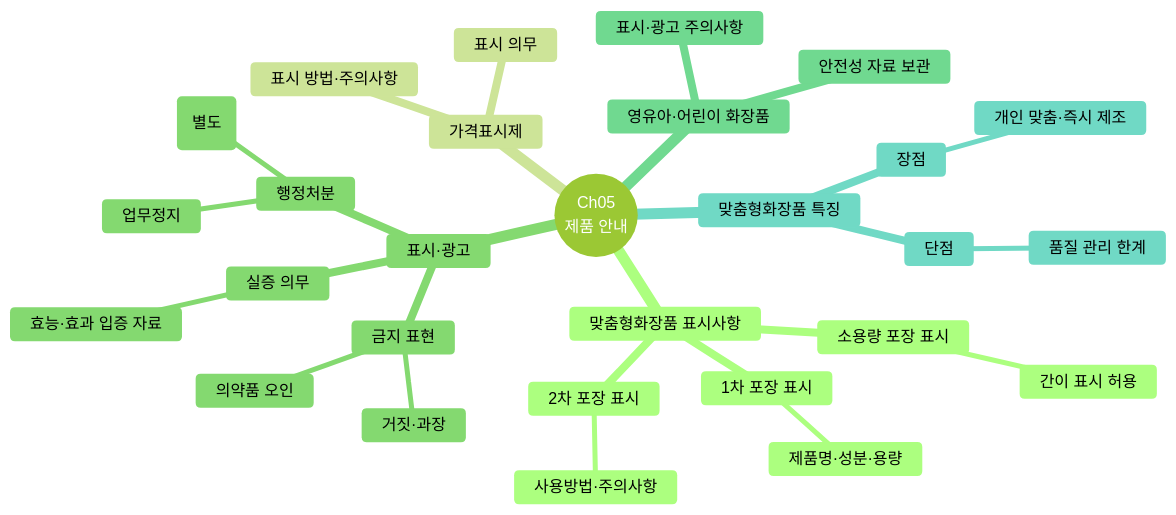
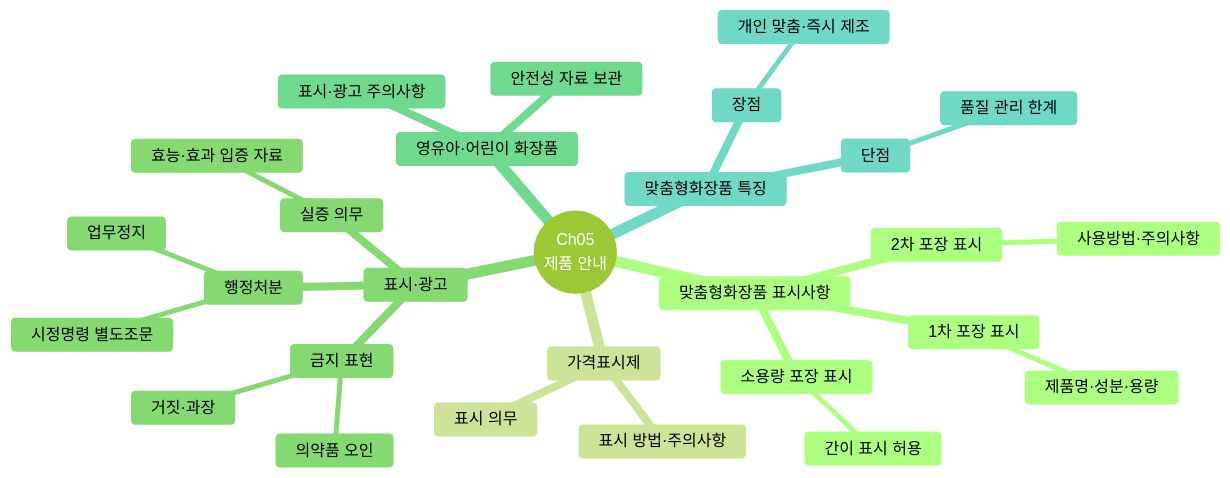
Diagram 17 of 23 in content/교재/understanding/4과목_맞춤형화장품의이해_이야기형.md (skygoldlee-cyber/Personalized_Skincare), drawn with Mermaid (forest theme) before and after one commit. The commit also changed other lines of this file and 16 other files, not shown here.

First line of the commit message:
마인드맵 시정명령 노드를 '시정명령 별도조문'으로 명기

````diff
--- a/content/교재/understanding/4과목_맞춤형화장품의이해_이야기형.md
+++ b/content/교재/understanding/4과목_맞춤형화장품의이해_이야기형.md
@@ -2719,31 +2719,31 @@
 ```mermaid
 mindmap
  root((Ch05<br/>제품 안내))
   맞춤형화장품 표시사항
    1차 포장 표시
     제품명·성분·용량
    2차 포장 표시
     사용방법·주의사항
    소용량 포장 표시
     간이 표시 허용
   가격표시제
    표시 의무
    표시 방법·주의사항
   표시·광고
    실증 의무
     효능·효과 입증 자료
    금지 표현
     의약품 오인
     거짓·과장
    행정처분
-    시정명령(별도)
+    시정명령 별도조문
     업무정지
   영유아·어린이 화장품
    표시·광고 주의사항
    안전성 자료 보관
   맞춤형화장품 특징
    장점
     개인 맞춤·즉시 제조
    단점
     품질 관리 한계
 ```
````
